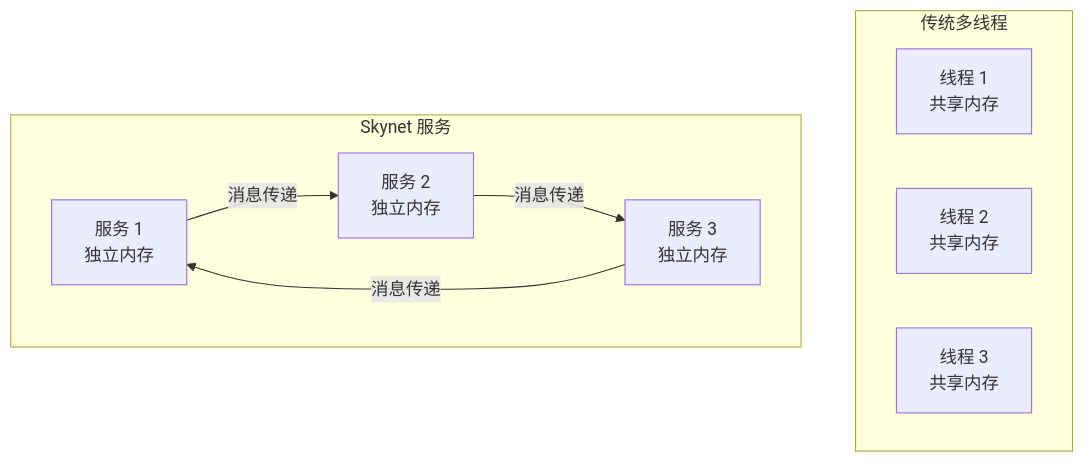
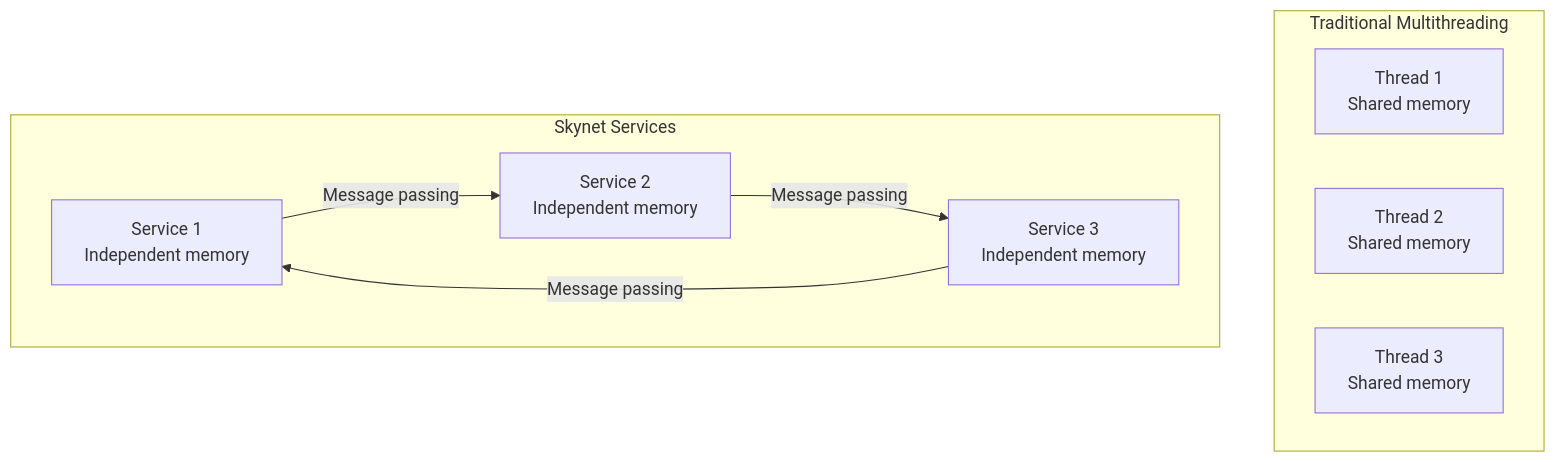
Before and after one commit to cuihairu/skynet: the first of 2 diagrams in docs/architecture/service-module.md, drawn with Mermaid. The commit also changed other lines of this file and 86 other files, not shown here.

````diff
--- a/docs/architecture/service-module.md
+++ b/docs/architecture/service-module.md
@@ -17,18 +17,18 @@
 ```mermaid
 graph TB
-    subgraph 传统多线程
-        T1[线程 1<br/>共享内存]
-        T2[线程 2<br/>共享内存]
-        T3[线程 3<br/>共享内存]
+    subgraph Traditional Multithreading
+        T1[Thread 1<br/>Shared memory]
+        T2[Thread 2<br/>Shared memory]
+        T3[Thread 3<br/>Shared memory]
     end
     
-    subgraph Skynet 服务
-        S1[服务 1<br/>独立内存]
-        S2[服务 2<br/>独立内存]
-        S3[服务 3<br/>独立内存]
+    subgraph Skynet Services
+        S1[Service 1<br/>Independent memory]
+        S2[Service 2<br/>Independent memory]
+        S3[Service 3<br/>Independent memory]
         
-        S1 -->|消息传递| S2
-        S2 -->|消息传递| S3
-        S3 -->|消息传递| S1
+        S1 -->|Message passing| S2
+        S2 -->|Message passing| S3
+        S3 -->|Message passing| S1
     end
 ```
````
